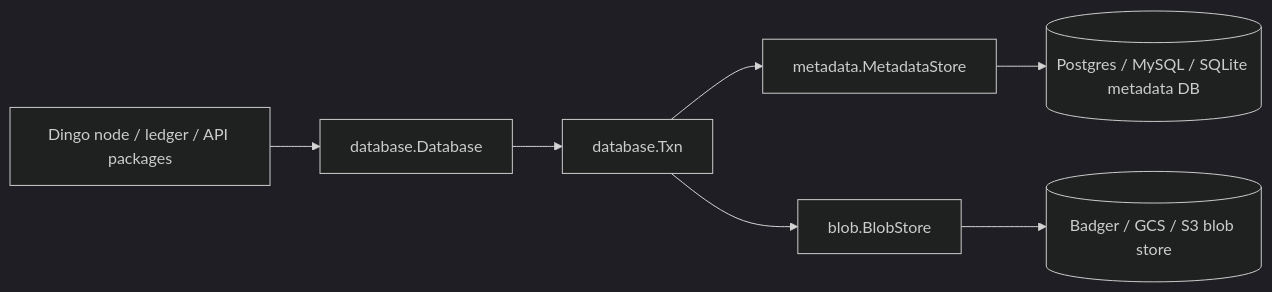
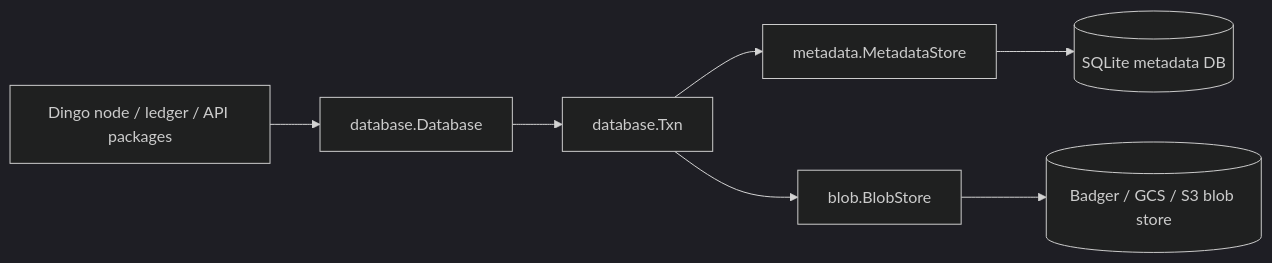
The first of 6 diagrams in DATABASE.md (blinklabs-io/dingo), drawn with Mermaid (dark theme) before and after one commit. The commit also changed other lines of this file and 394 other files, not shown here.

````diff
--- a/DATABASE.md
+++ b/DATABASE.md
@@ -51,17 +94,17 @@
 ```mermaid
 flowchart LR
     Node[Dingo node / ledger / API packages]
     DB[database.Database]
     Txn[database.Txn]
     Metadata[metadata.MetadataStore]
     Blob[blob.BlobStore]
-    SQL[(Postgres / MySQL / SQLite metadata DB)]
+    SQL[(SQLite metadata DB)]
     KV[(Badger / GCS / S3 blob store)]
 
     Node --> DB
     DB --> Txn
     Txn --> Metadata
     Txn --> Blob
     Metadata --> SQL
     Blob --> KV
 ```
````
